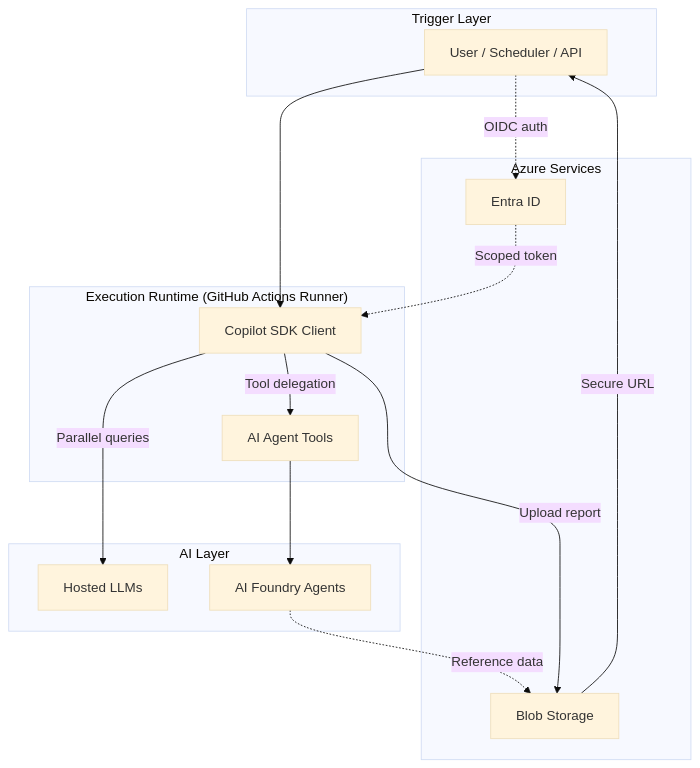
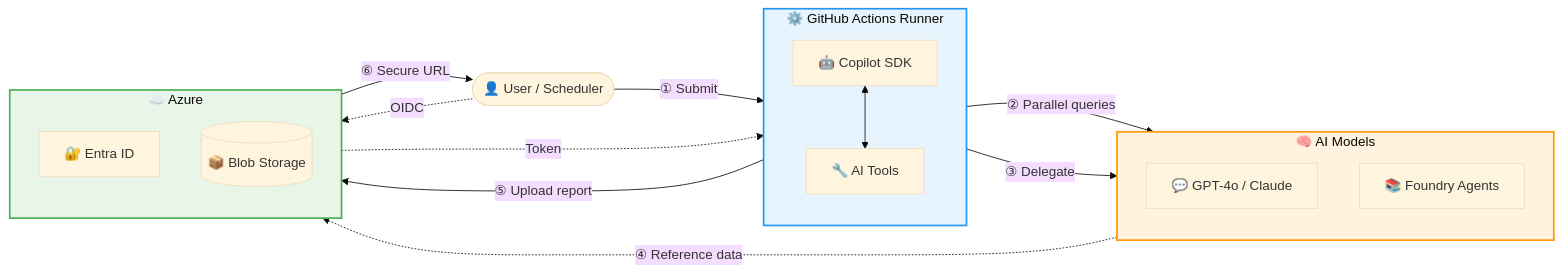
The first of 5 diagrams in docs/copilot_report_forge/architecture.md (ks6088ts/template-github-copilot), drawn with Mermaid (base theme) before and after one commit. The commit also changed other lines of this file and 10 other files, not shown here.

````diff
--- a/docs/copilot_report_forge/architecture.md
+++ b/docs/copilot_report_forge/architecture.md
@@ -42,31 +42,36 @@
 ```mermaid
-flowchart TB
-    subgraph Trigger["Trigger Layer"]
-        USER["User / Scheduler / API"]
+flowchart LR
+    USER(["👤 User / Scheduler"])
+
+    subgraph GHA["⚙️ GitHub Actions Runner"]
+        direction TB
+        SDK["🤖 Copilot SDK"]
+        TOOLS["🔧 AI Tools"]
+        SDK <--> TOOLS
     end
 
-    subgraph Runtime["Execution Runtime (GitHub Actions Runner)"]
-        SDK["Copilot SDK Client"]
-        TOOLS["AI Agent Tools"]
+    subgraph AI["🧠 AI Models"]
+        direction TB
+        LLM["💬 GPT-4o / Claude"]
+        FOUNDRY["📚 Foundry Agents"]
     end
 
-    subgraph AI["AI Layer"]
-        LLM["Hosted LLMs"]
-        FOUNDRY["AI Foundry Agents"]
+    subgraph AZ["☁️ Azure"]
+        direction TB
+        AUTH["🔐 Entra ID"]
+        STORAGE[("📦 Blob Storage")]
     end
 
-    subgraph Azure["Azure Services"]
-        AUTH["Entra ID"]
-        STORAGE["Blob Storage"]
-    end
+    USER -- "① Submit" --> SDK
+    SDK -- "② Parallel queries" --> LLM
+    TOOLS -- "③ Delegate" --> FOUNDRY
+    FOUNDRY -. "④ Reference data" .-> STORAGE
+    SDK -- "⑤ Upload report" --> STORAGE
+    STORAGE -- "⑥ Secure URL" --> USER
+    USER -. "OIDC" .-> AUTH
+    AUTH -. "Token" .-> SDK
 
-    USER --> SDK
-    SDK -- "Parallel queries" --> LLM
-    SDK -- "Tool delegation" --> TOOLS
-    TOOLS --> FOUNDRY
-    FOUNDRY -. "Reference data" .-> STORAGE
-    SDK -- "Upload report" --> STORAGE
-    STORAGE -- "Secure URL" --> USER
-    USER -. "OIDC auth" .-> AUTH
-    AUTH -. "Scoped token" .-> SDK
+    style GHA fill:#e8f4fd,stroke:#2196F3,stroke-width:2px
+    style AI fill:#fff3e0,stroke:#FF9800,stroke-width:2px
+    style AZ fill:#e8f5e9,stroke:#4CAF50,stroke-width:2px
 ```
````
